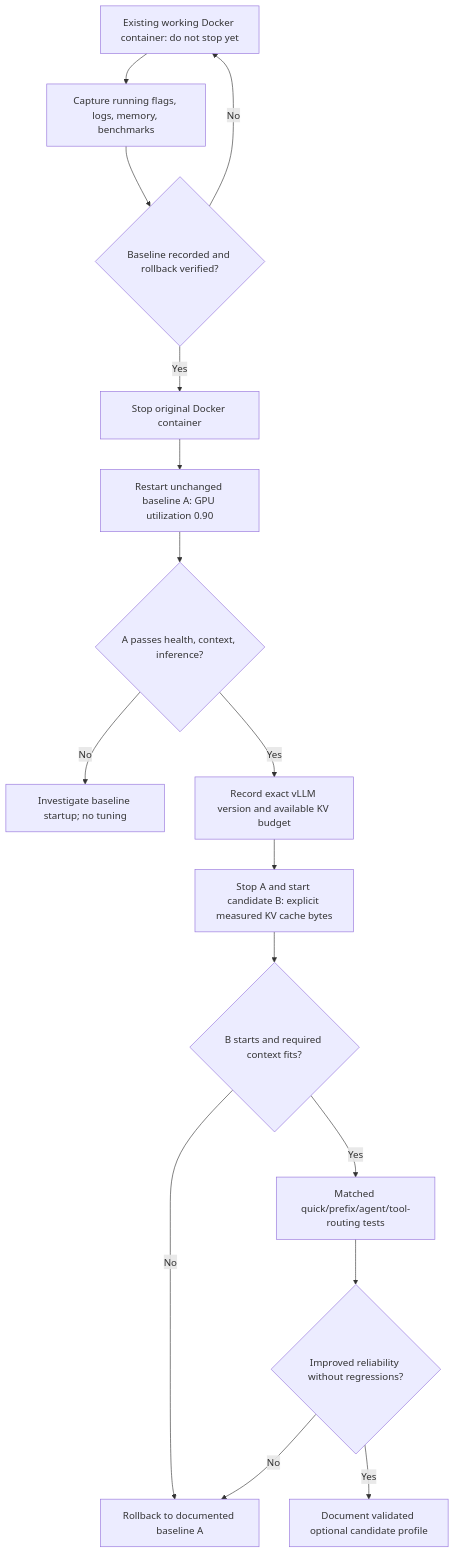
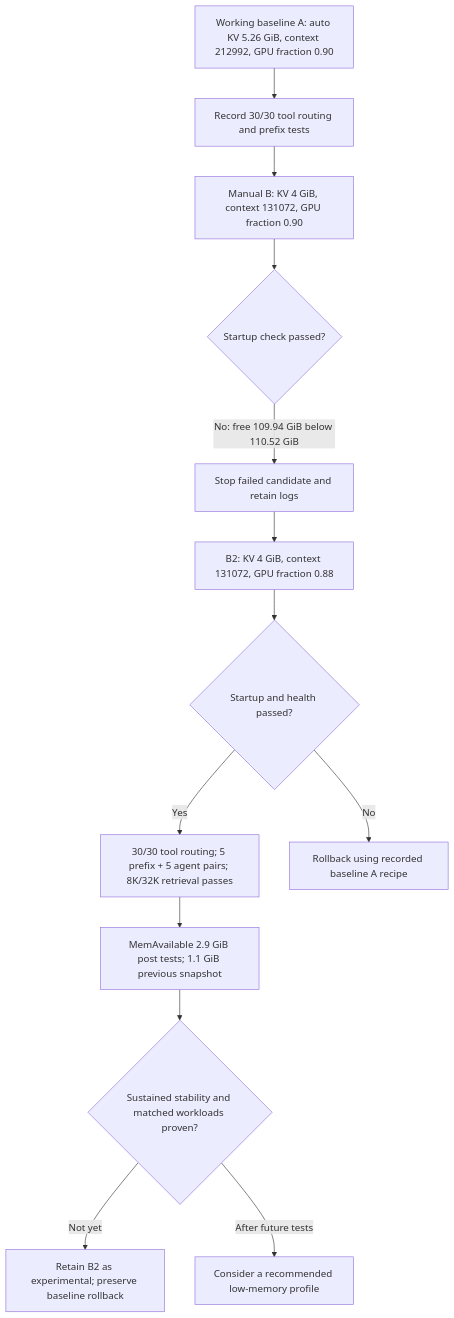
The diagram in docs/diagrams/11-memory-budget-restart.md (kagaho/jetson-thor-llm-bench), drawn with Mermaid before and after one commit. The commit also changed other lines of this file and 13 other files, not shown here.

Commit message:
feat: add validated B2 memory profile and A/B benchmarks

````diff
--- a/docs/diagrams/11-memory-budget-restart.md
+++ b/docs/diagrams/11-memory-budget-restart.md
@@ -3,18 +5,15 @@
 ```mermaid
 flowchart TD
-    A[Existing working Docker container: do not stop yet] --> B[Capture running flags, logs, memory, benchmarks]
-    B --> C{Baseline recorded and rollback verified?}
-    C -->|No| A
-    C -->|Yes| D[Stop original Docker container]
-    D --> E[Restart unchanged baseline A: GPU utilization 0.90]
-    E --> F{A passes health, context, inference?}
-    F -->|No| G[Investigate baseline startup; no tuning]
-    F -->|Yes| H[Record exact vLLM version and available KV budget]
-    H --> I[Stop A and start candidate B: explicit measured KV cache bytes]
-    I --> J{B starts and required context fits?}
-    J -->|No| K[Rollback to documented baseline A]
-    J -->|Yes| L[Matched quick/prefix/agent/tool-routing tests]
-    L --> M{Improved reliability without regressions?}
-    M -->|No| K
-    M -->|Yes| N[Document validated optional candidate profile]
+    A[Working baseline A: auto KV 5.26 GiB, context 212992, GPU fraction 0.90] --> B[Record 30/30 tool routing and prefix tests]
+    B --> C[Manual B: KV 4 GiB, context 131072, GPU fraction 0.90]
+    C --> D{Startup check passed?}
+    D -->|No: free 109.94 GiB below 110.52 GiB| E[Stop failed candidate and retain logs]
+    E --> F[B2: KV 4 GiB, context 131072, GPU fraction 0.88]
+    F --> G{Startup and health passed?}
+    G -->|Yes| H[30/30 tool routing; 5 prefix + 5 agent pairs; 8K/32K retrieval passes]
+    H --> I[MemAvailable 2.9 GiB post tests; 1.1 GiB previous snapshot]
+    I --> J{Sustained stability and matched workloads proven?}
+    J -->|Not yet| K[Retain B2 as experimental; preserve baseline rollback]
+    J -->|After future tests| L[Consider a recommended low-memory profile]
+    G -->|No| M[Rollback using recorded baseline A recipe]
 ```
````
